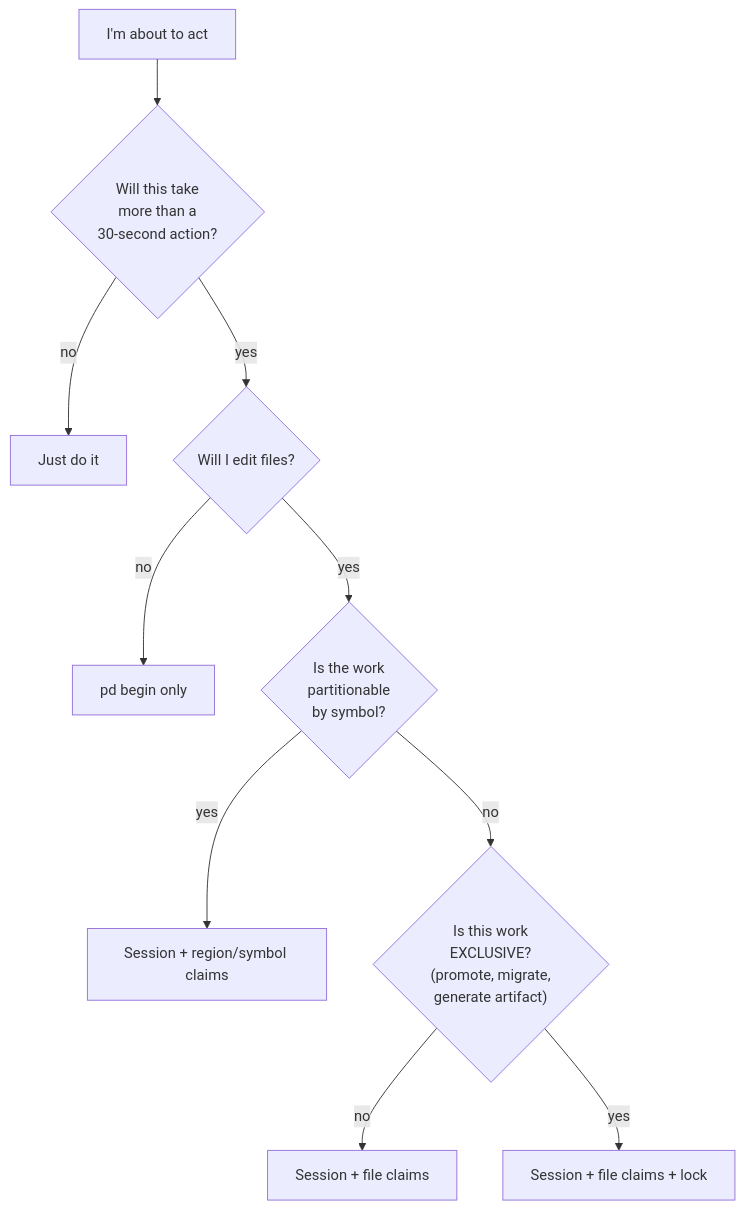
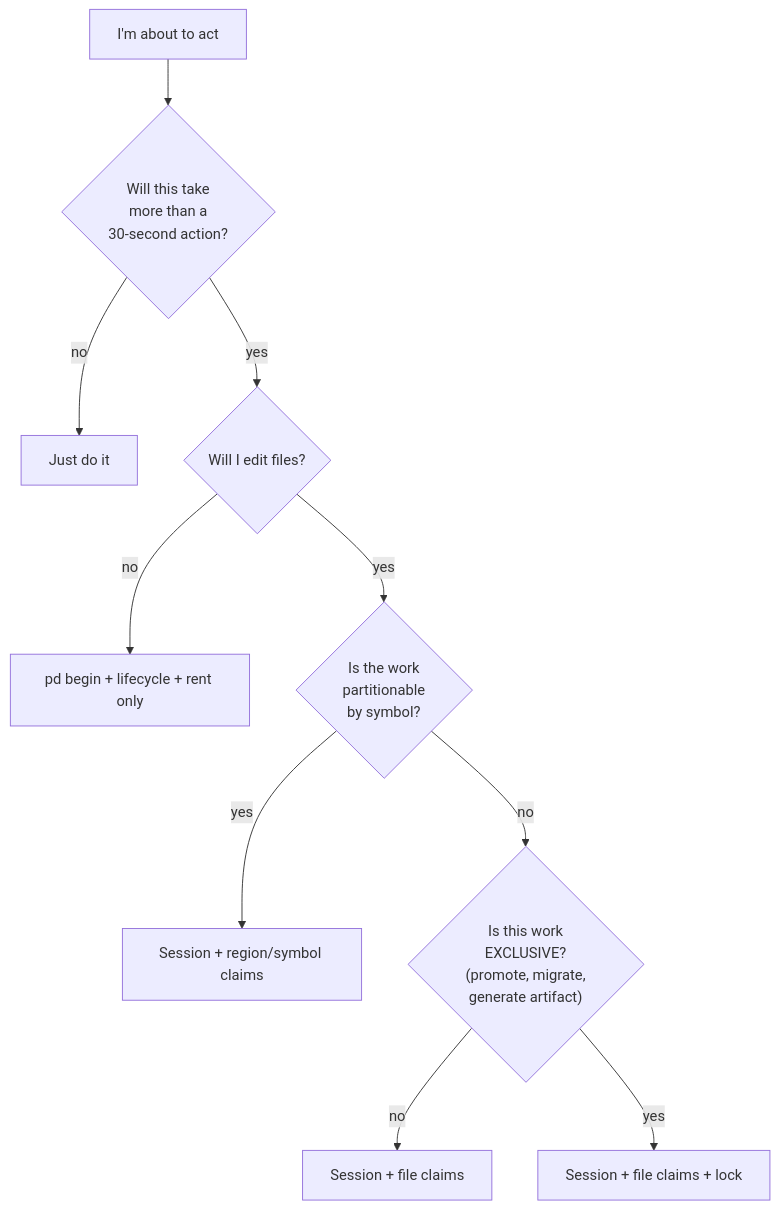
Before and after one commit to curiositech/port-daddy: the second of 2 diagrams in .codex/skills/port-daddy-agent-skill/diagrams/07_session-claim-lock-interaction.md, drawn with Mermaid. The commit also changed other lines of this file and 122 other files, not shown here.

````diff
--- a/.codex/skills/port-daddy-agent-skill/diagrams/07_session-claim-lock-interaction.md
+++ b/.codex/skills/port-daddy-agent-skill/diagrams/07_session-claim-lock-interaction.md
@@ -33,12 +33,12 @@
 ```mermaid
 flowchart TD
     Start[I'm about to act] --> Q1{Will this take<br/>more than a<br/>30-second action?}
     Q1 -- "no" --> JustDo[Just do it]
     Q1 -- "yes" --> Q2{Will I edit files?}
-    Q2 -- "no" --> Session1[pd begin only]
+    Q2 -- "no" --> Session1[pd begin + lifecycle + rent only]
     Q2 -- "yes" --> Q3{Is the work<br/>partitionable<br/>by symbol?}
     Q3 -- "yes" --> RegionClaim[Session + region/symbol claims]
     Q3 -- "no" --> Q4{"Is this work<br/>EXCLUSIVE?<br/>(promote, migrate,<br/>generate artifact)"}
     Q4 -- "no" --> FileClaim[Session + file claims]
     Q4 -- "yes" --> LockedWork[Session + file claims + lock]
 ```
````
